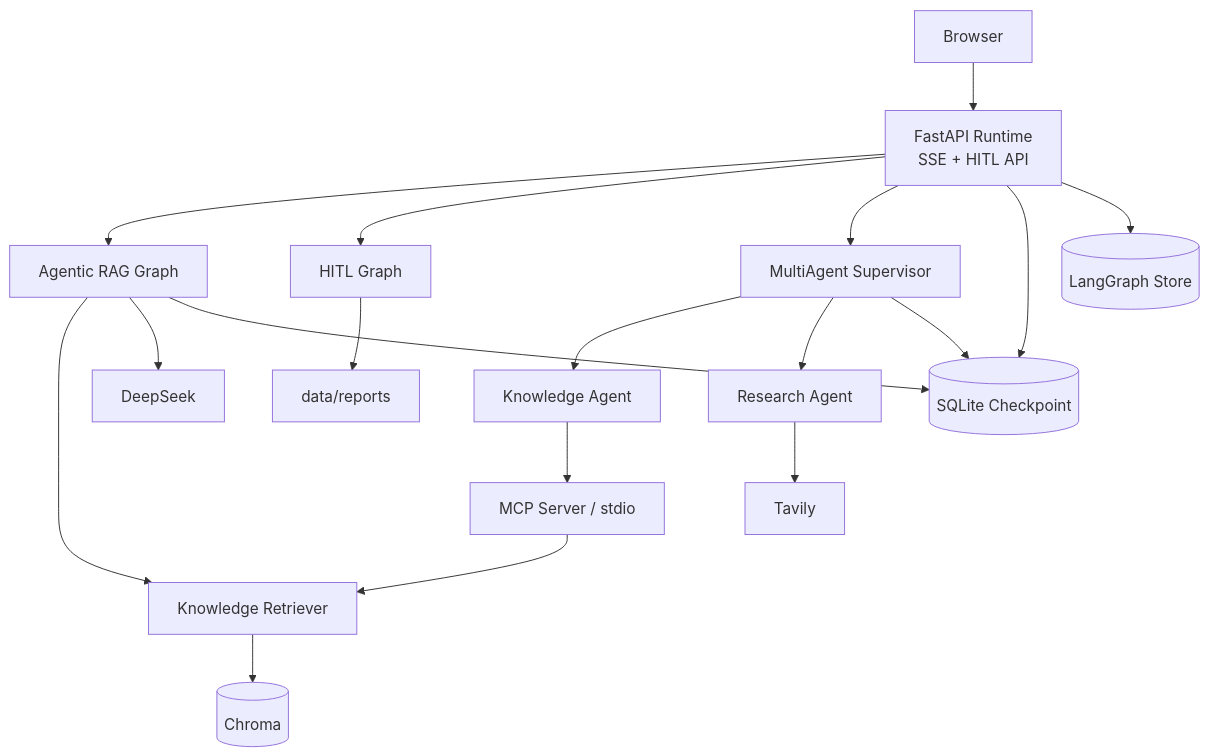
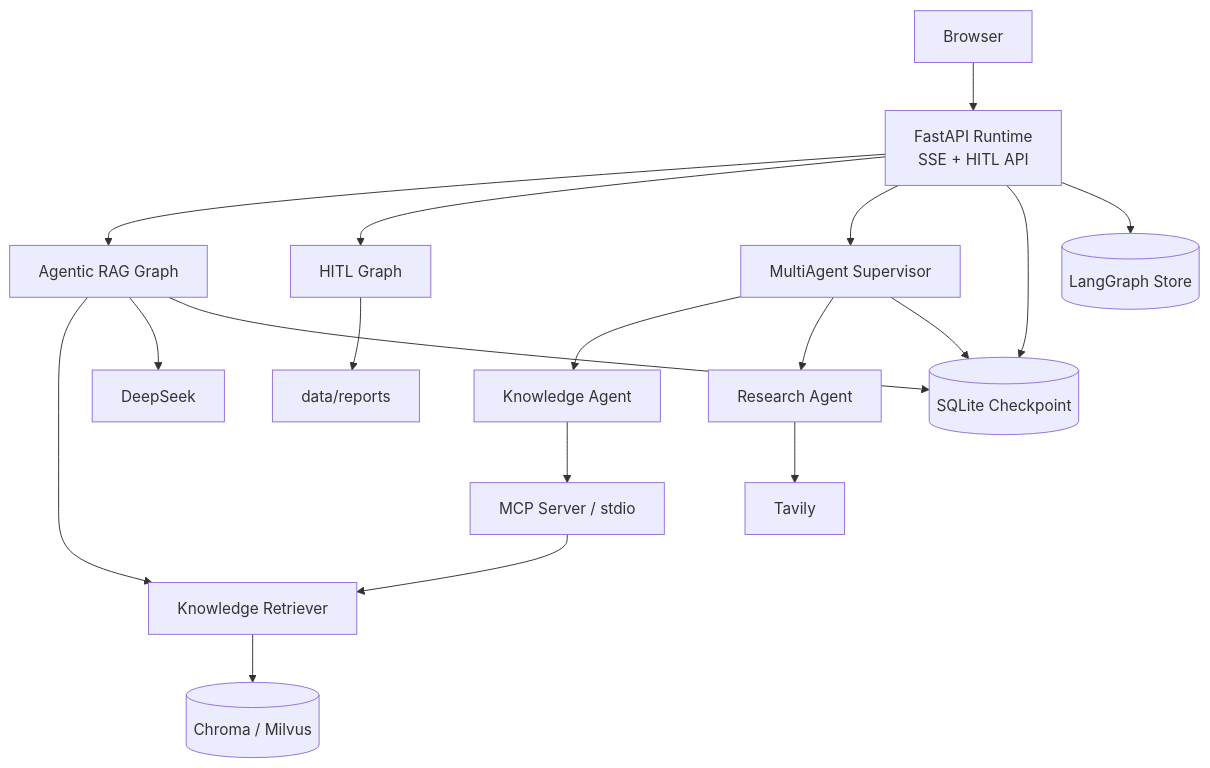
The diagram in README.md (haomj/personal-knowledge-agent), drawn with Mermaid before and after one commit. The commit also changed other lines of this file and 16 other files, not shown here.

````diff
--- a/README.md
+++ b/README.md
@@ -35,23 +35,23 @@
 ```mermaid
 flowchart TD
     U[Browser] --> W[FastAPI Runtime<br/>SSE + HITL API]
     W --> R[Agentic RAG Graph]
     W --> H[HITL Graph]
     W --> M[MultiAgent Supervisor]
 
     R --> CR[Knowledge Retriever]
-    CR --> C[(Chroma)]
+    CR --> C[(Chroma / Milvus)]
     R --> L[DeepSeek]
 
     M --> KA[Knowledge Agent]
     M --> RA[Research Agent]
     KA --> MCP[MCP Server / stdio]
     MCP --> CR
     RA --> T[Tavily]
 
     W --> CP[(SQLite Checkpoint)]
     W --> ST[(LangGraph Store)]
     H --> RP[data/reports]
     R --> CP
     M --> CP
 ```
````
